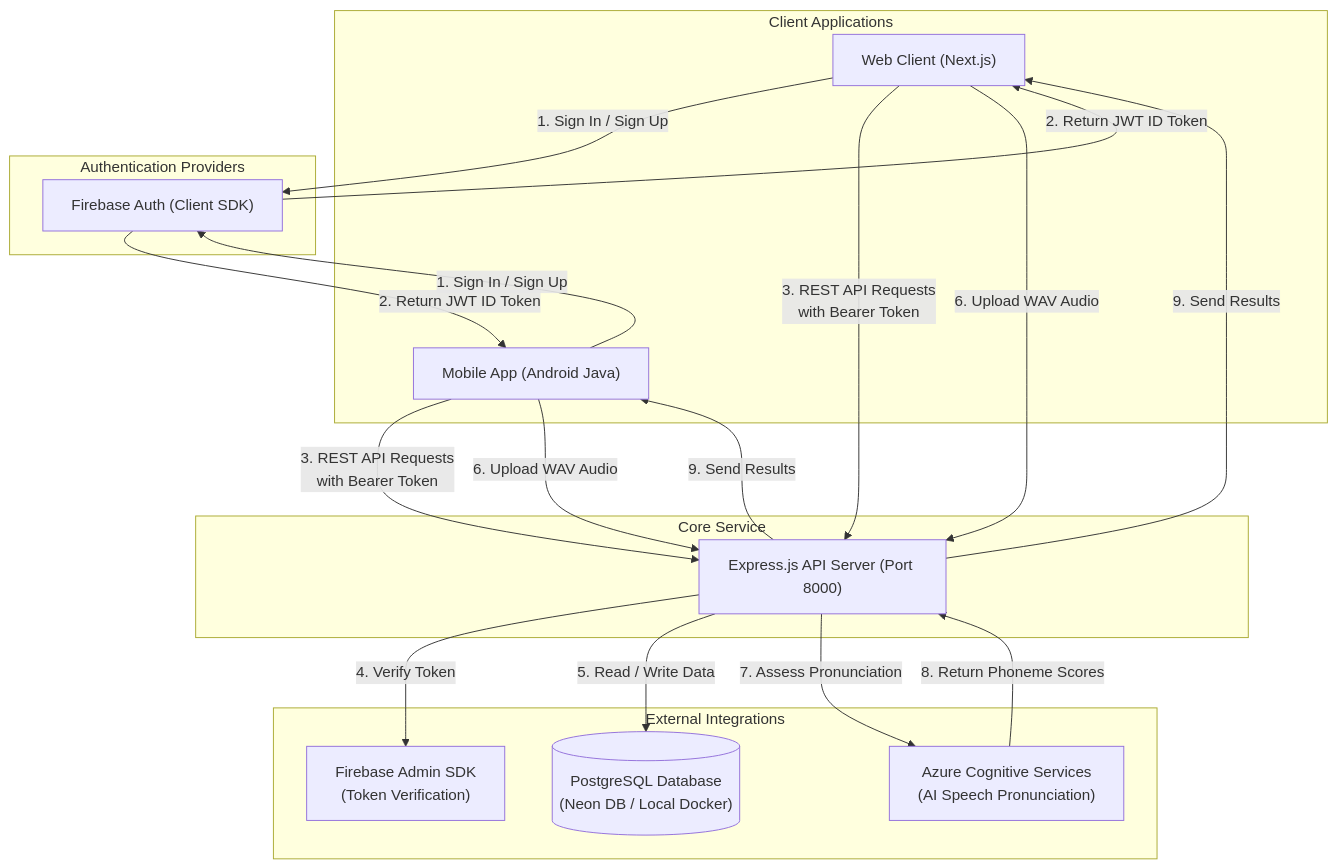
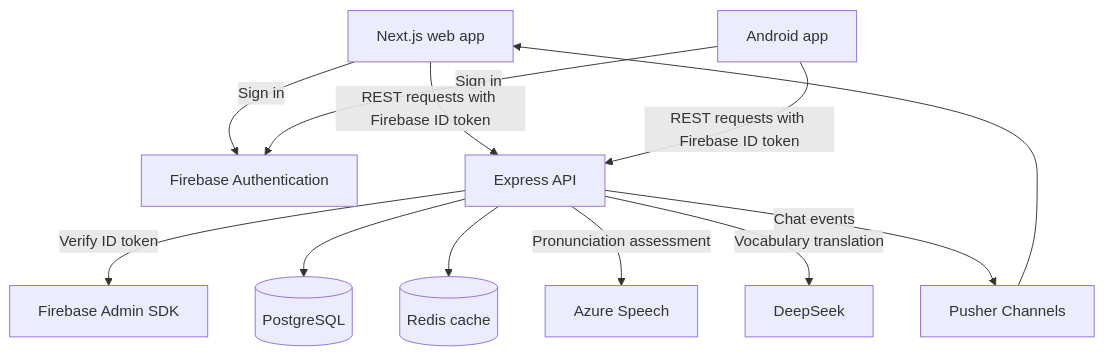
The diagram in README.md (quanghung-dev/EngFlix), drawn with Mermaid before and after one commit. The commit also changed other lines of this file and 3 other files, not shown here.

````diff
--- a/README.md
+++ b/README.md
@@ -16,36 +17,14 @@
 ```mermaid
-flowchart TB
-    subgraph Clients [Client Applications]
-        WebClient["Web Client (Next.js)"]
-        MobileApp["Mobile App (Android Java)"]
-    end
-
-    subgraph Authenticator [Authentication Providers]
-        FirebaseAuth["Firebase Auth (Client SDK)"]
-    end
-
-    subgraph CoreBackend [Core Service]
-        ExpressServer["Express.js API Server (Port 8000)"]
-    end
-
-    subgraph ExternalServices [External Integrations]
-        PostgresDB[("PostgreSQL Database\n(Neon DB / Local Docker)")]
-        FirebaseAdmin["Firebase Admin SDK\n(Token Verification)"]
-        AzureSpeech["Azure Cognitive Services\n(AI Speech Pronunciation)"]
-    end
-
-    %% Auth Flow
-    WebClient & MobileApp -->|1. Sign In / Sign Up| FirebaseAuth
-    FirebaseAuth -->|2. Return JWT ID Token| WebClient & MobileApp
-
-    %% Data Flow
-    WebClient & MobileApp -->|3. REST API Requests\nwith Bearer Token| ExpressServer
-    ExpressServer -->|4. Verify Token| FirebaseAdmin
-    ExpressServer -->|5. Read / Write Data| PostgresDB
-    
-    %% Audio assessment
-    WebClient & MobileApp -->|6. Upload WAV Audio| ExpressServer
-    ExpressServer -->|7. Assess Pronunciation| AzureSpeech
-    AzureSpeech -->|8. Return Phoneme Scores| ExpressServer
-    ExpressServer -->|9. Send Results| WebClient & MobileApp
+flowchart TD
+    Web[Next.js web app] -->|Sign in| Auth[Firebase Authentication]
+    Android[Android app] -->|Sign in| Auth
+    Web -->|REST requests with Firebase ID token| API[Express API]
+    Android -->|REST requests with Firebase ID token| API
+    API -->|Verify ID token| Admin[Firebase Admin SDK]
+    API --> DB[(PostgreSQL)]
+    API --> Cache[(Redis cache)]
+    API -->|Pronunciation assessment| Speech[Azure Speech]
+    API -->|Vocabulary translation| AI[DeepSeek]
+    API -->|Chat events| Pusher[Pusher Channels]
+    Pusher --> Web
 ```
````
